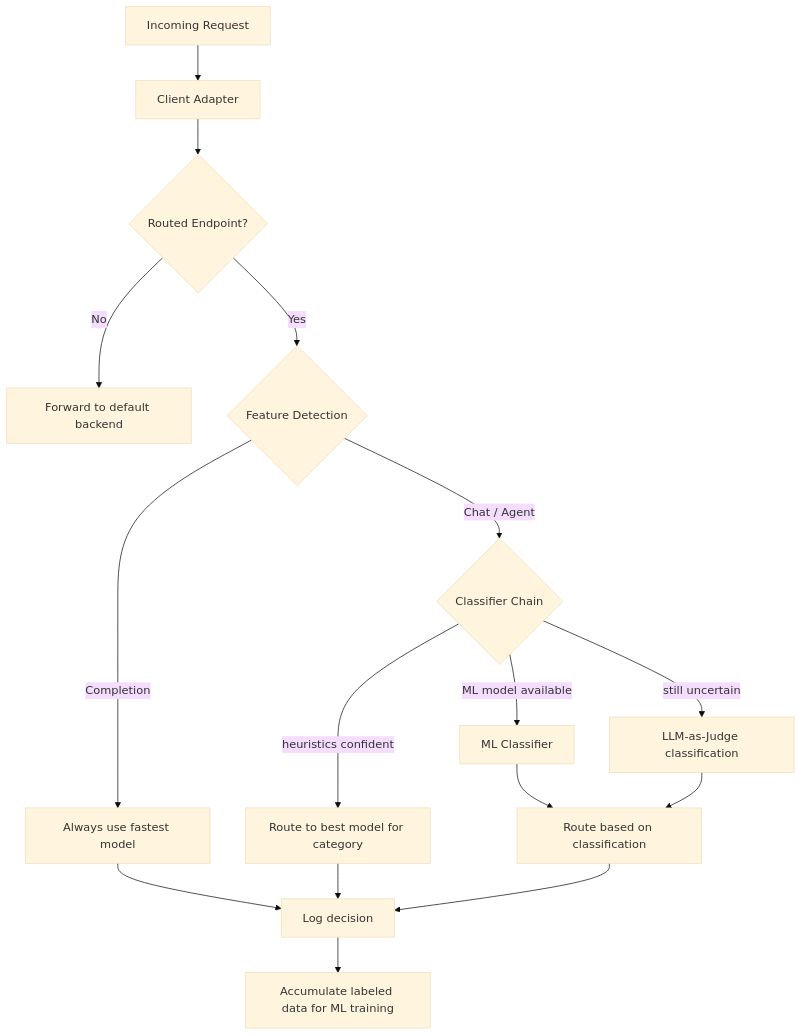
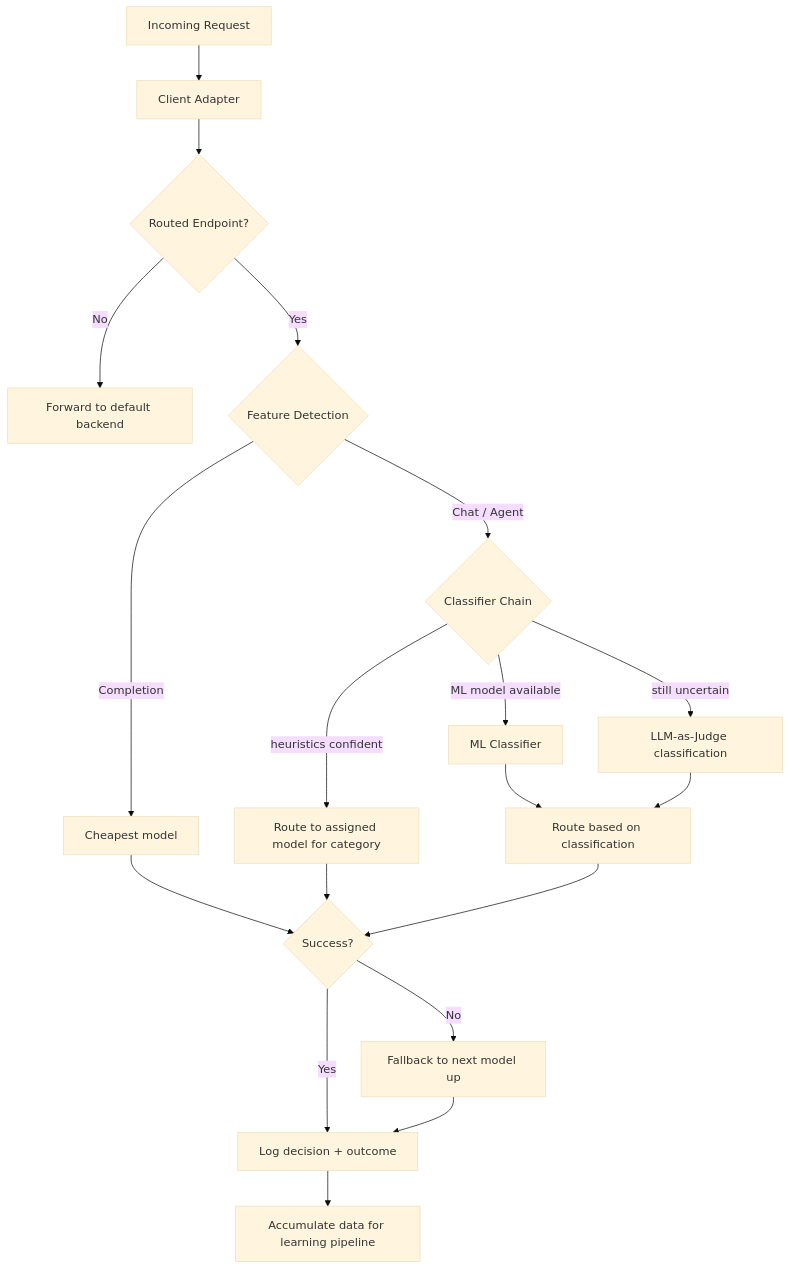
One commit to thsfranca/rex changed the second of 3 diagrams in ARCHITECTURE.md. Above: the diagram before and after it, drawn with Mermaid (base theme). The commit also changed other lines of this file and 5 other files, not shown here.

````diff
--- a/ARCHITECTURE.md
+++ b/ARCHITECTURE.md
@@ -98,18 +104,21 @@
 ```mermaid
 flowchart TD
     Request[Incoming Request] --> ClientAdapter[Client Adapter]
     ClientAdapter --> EndpointCheck{Routed Endpoint?}
     EndpointCheck -->|No| Passthrough[Forward to default backend]
     EndpointCheck -->|Yes| FeatureDetect{Feature Detection}
-    FeatureDetect -->|Completion| FastPath[Always use fastest model]
+    FeatureDetect -->|Completion| FastPath[Cheapest model]
     FeatureDetect -->|Chat / Agent| ClassifierChain{Classifier Chain}
-    ClassifierChain -->|heuristics confident| RouteDirectly[Route to best model for category]
+    ClassifierChain -->|heuristics confident| RouteDirectly[Route to assigned model for category]
     ClassifierChain -->|ML model available| MLClassify[ML Classifier]
     ClassifierChain -->|still uncertain| LLMJudge[LLM-as-Judge classification]
     MLClassify --> RouteClassified[Route based on classification]
     LLMJudge --> RouteClassified
-    FastPath --> Log[Log decision]
-    RouteDirectly --> Log
-    RouteClassified --> Log
-    Log --> FeedbackData[Accumulate labeled data for ML training]
+    FastPath --> Fallback{Success?}
+    RouteDirectly --> Fallback
+    RouteClassified --> Fallback
+    Fallback -->|Yes| Log[Log decision + outcome]
+    Fallback -->|No| Escalate[Fallback to next model up]
+    Escalate --> Log
+    Log --> FeedbackData[Accumulate data for learning pipeline]
 ```
````
